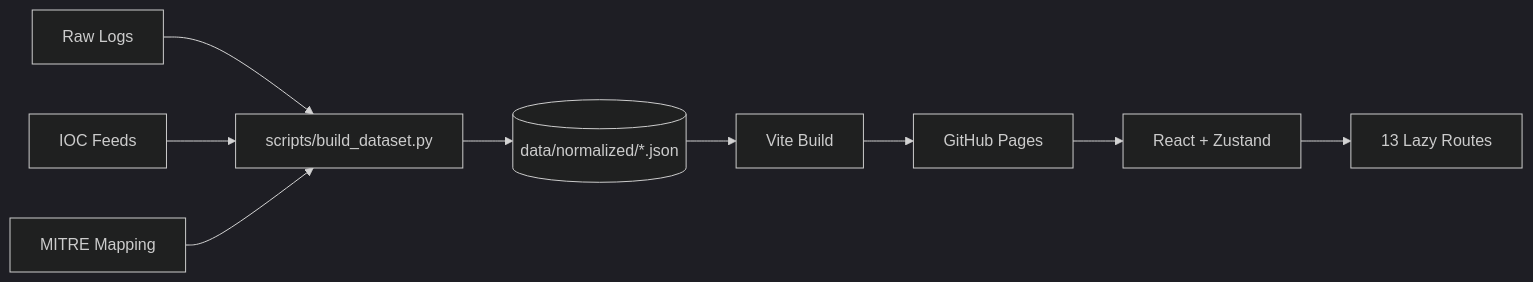
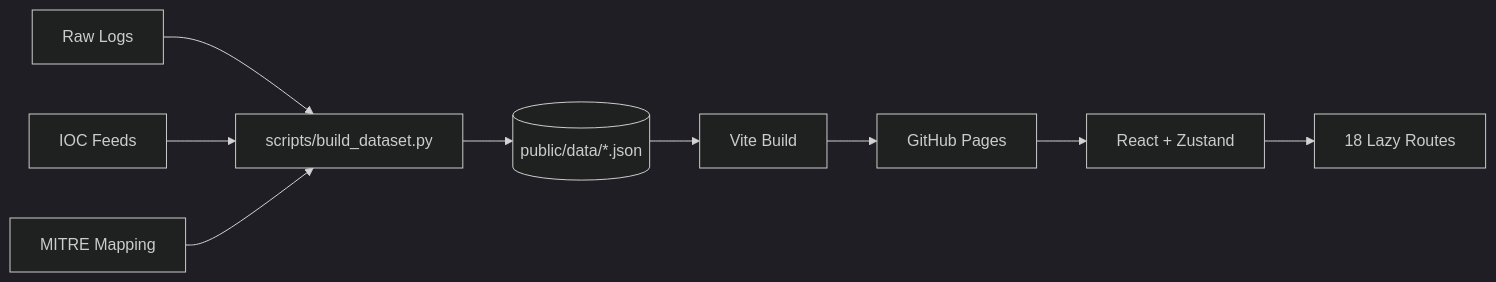
Before and after one commit to yatuk/soc-simulation: the diagram in README.md, drawn with Mermaid (dark theme). The commit also changed other lines of this file and 110 other files, not shown here.

````diff
--- a/README.md
+++ b/README.md
@@ -161,11 +165,11 @@
 ```mermaid
 flowchart LR
     A[Raw Logs] --> B[scripts/build_dataset.py]
     C[IOC Feeds] --> B
     D[MITRE Mapping] --> B
-    B --> E[(data/normalized/*.json)]
+    B --> E[(public/data/*.json)]
     E --> F[Vite Build]
     F --> G[GitHub Pages]
     G --> H[React + Zustand]
-    H --> I[13 Lazy Routes]
+    H --> I[18 Lazy Routes]
 ```
````
